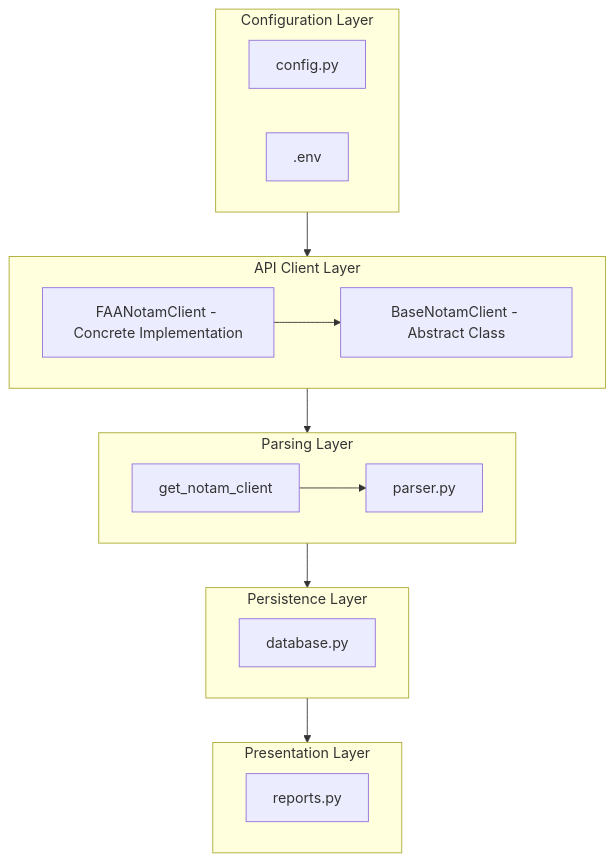
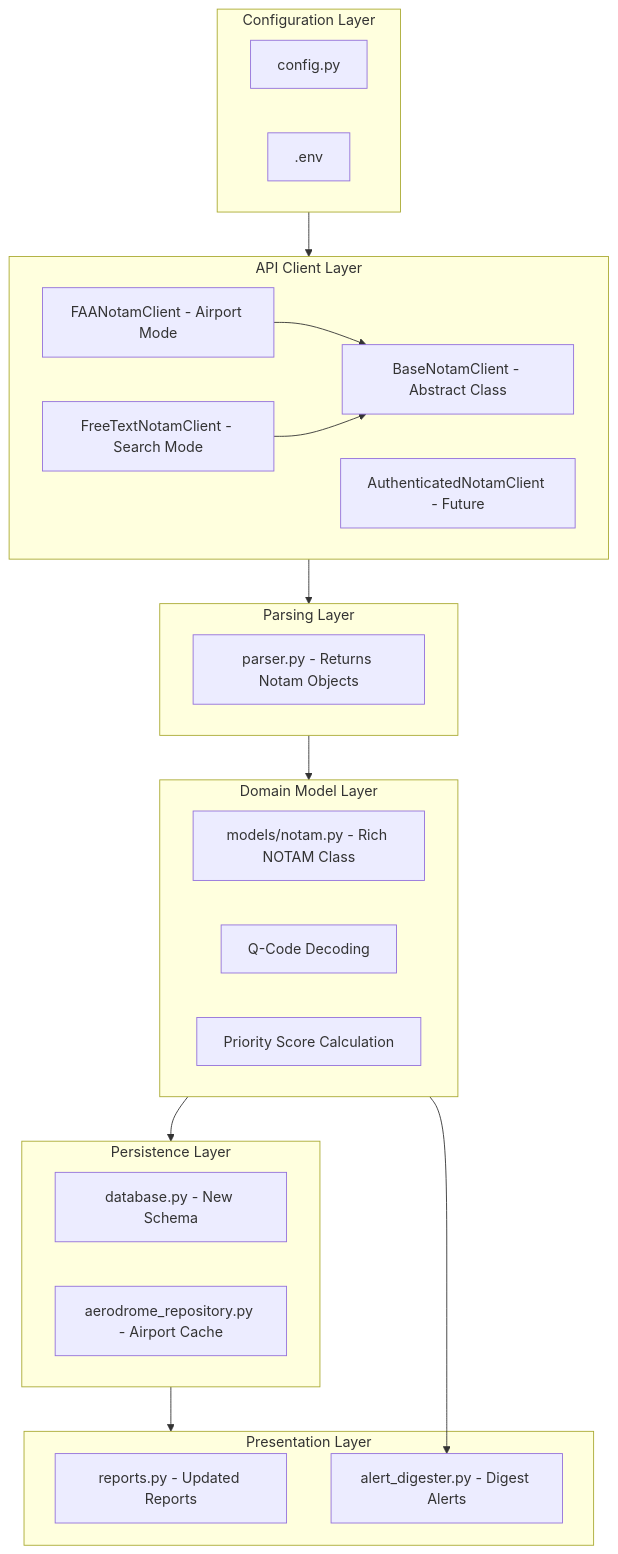
Before and after one commit to Eleven15AM/notams: the first of 4 diagrams in docs/ARCHITECTURE.md, drawn with Mermaid. The commit also changed other lines of this file and 29 other files, not shown here.

Commit message:
#1 version 2.0.0 #1 free text search

````diff
--- a/docs/ARCHITECTURE.md
+++ b/docs/ARCHITECTURE.md
@@ -3,27 +3,43 @@
 ```mermaid
 flowchart TD
     subgraph A[Configuration Layer]
         A1[config.py]
         A2[.env] 
     end
+    
     subgraph B[API Client Layer]
         B1[BaseNotamClient - Abstract Class]
-        B2[FAANotamClient - Concrete Implementation]
+        B2[FAANotamClient - Airport Mode]
+        B3[FreeTextNotamClient - Search Mode]
+        B4[AuthenticatedNotamClient - Future]
     end
-    subgraph C[Parsing Layer]
-        C1[get_notam_client]
-        C2[parser.py]
+    
+    subgraph C[Domain Model Layer]
+        C1[models/notam.py - Rich NOTAM Class]
+        C2[Q-Code Decoding]
+        C3[Priority Score Calculation]
     end
-    subgraph D[Persistence Layer]
-        D1[database.py]
+    
+    subgraph D[Parsing Layer]
+        D1[parser.py - Returns Notam Objects]
     end
-    subgraph E[Presentation Layer]
-        E1[reports.py]
+    
+    subgraph E[Persistence Layer]
+        E1[database.py - New Schema]
+        E2[aerodrome_repository.py - Airport Cache]
     end
+    
+    subgraph F[Presentation Layer]
+        F1[reports.py - Updated Reports]
+        F2[alert_digester.py - Digest Alerts]
+    end
+    
     A --> B
     B2-->B1
-    B-->C
-    C1-->C2
-    C-->D
-    D-->E
+    B3-->B1
+    B-->D
+    D-->C
+    C-->E
+    E-->F
+    C-->F2
 ```
````
